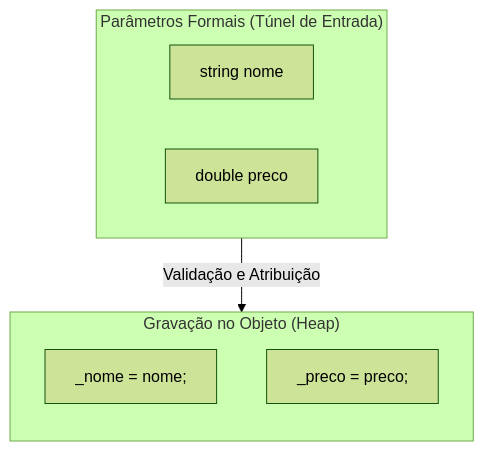
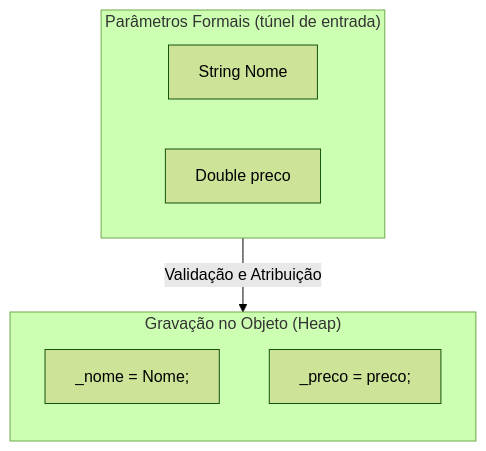
One commit to leorruas/puc changed the fifth of 8 diagrams in 01. Programacao Modular/08. Construtores (inicialização, sobrecarga e garantia de invariantes).md. Above: the diagram before and after it, drawn with Mermaid (forest theme). The commit also changed other lines of this file and 10 other files, not shown here.

````diff
--- a/01. Programacao Modular/08. Construtores (inicialização, sobrecarga e garantia de invariantes).md
+++ b/01. Programacao Modular/08. Construtores (inicialização, sobrecarga e garantia de invariantes).md
@@ -253,15 +198,15 @@
 ```mermaid
 flowchart TD
-    subgraph Assinatura ["Parâmetros Formais (Túnel de Entrada)"]
-        P1["string nome"]
-        P2["double preco"]
+    subgraph Assinatura ["Parâmetros Formais (túnel de entrada)"]
+        P1["String Nome"]
+        P2["Double preco"]
     end
 
     subgraph Gravacao ["Gravação no Objeto (Heap)"]
         direction TB
-        A1["_nome = nome;"]
+        A1["_nome = Nome;"]
         A2["_preco = preco;"]
     end
 
     Assinatura -->|Validação e Atribuição| Gravacao
 ```
````
